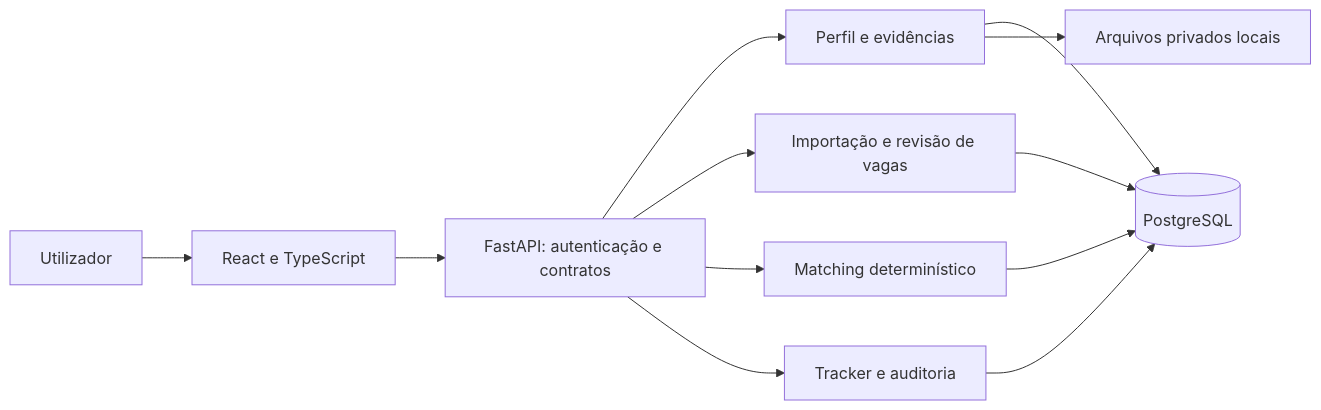
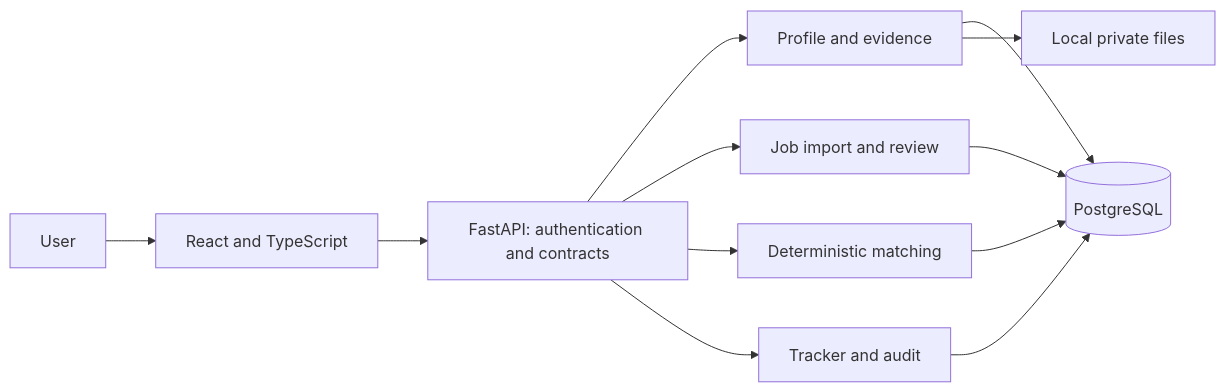
One commit to ricardoportoIE/jobhunter-ai changed the first of 3 diagrams in docs/architecture/overview.md. Above: the diagram before and after it, drawn with Mermaid. The commit also changed other lines of this file and 38 other files, not shown here.

````diff
--- a/docs/architecture/overview.md
+++ b/docs/architecture/overview.md
@@ -7,14 +7,14 @@
 ```mermaid
 flowchart LR
-  U[Utilizador] --> W[React e TypeScript]
-  W --> A[FastAPI: autenticação e contratos]
-  A --> C[Perfil e evidências]
-  A --> J[Importação e revisão de vagas]
-  A --> M[Matching determinístico]
-  A --> T[Tracker e auditoria]
+  U[User] --> W[React and TypeScript]
+  W --> A[FastAPI: authentication and contracts]
+  A --> C[Profile and evidence]
+  A --> J[Job import and review]
+  A --> M[Deterministic matching]
+  A --> T[Tracker and audit]
   C --> P[(PostgreSQL)]
   J --> P
   M --> P
   T --> P
-  C --> F[Arquivos privados locais]
+  C --> F[Local private files]
 ```
````
